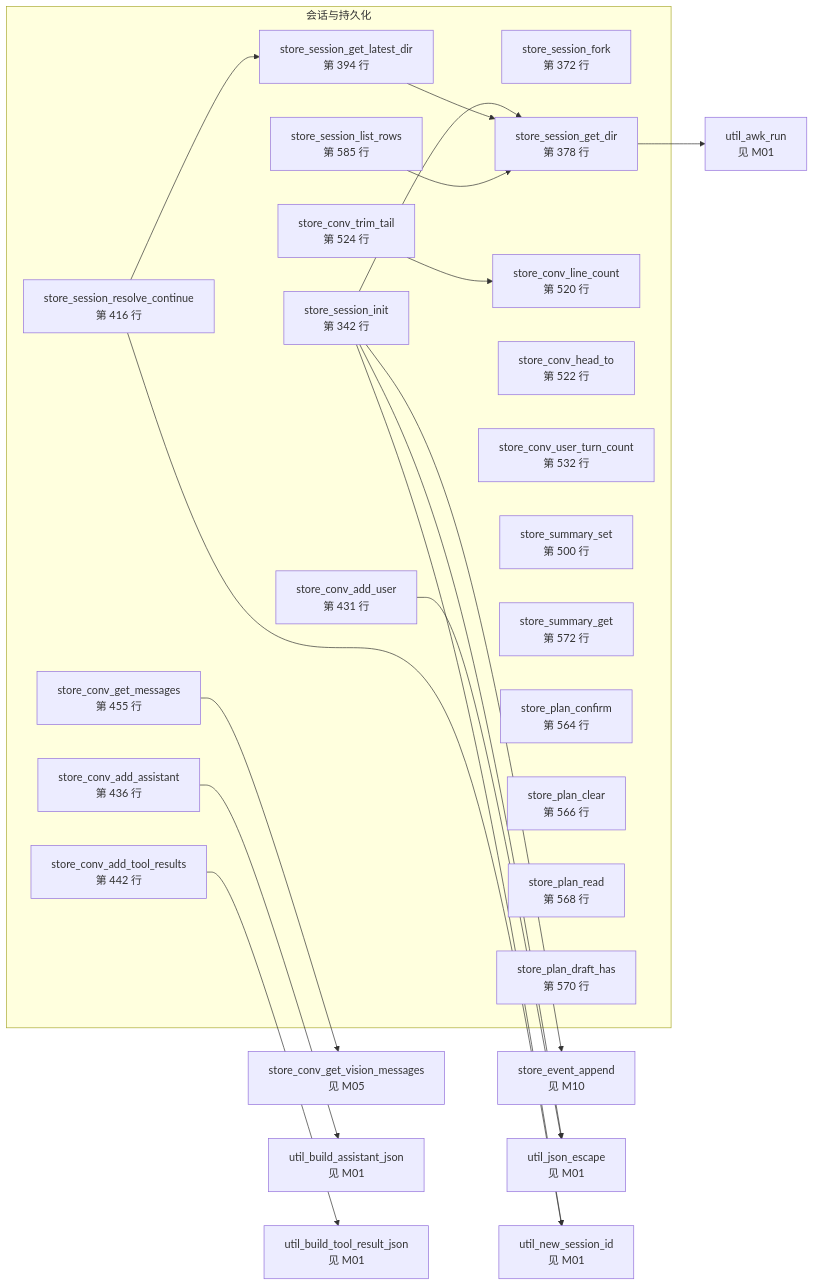
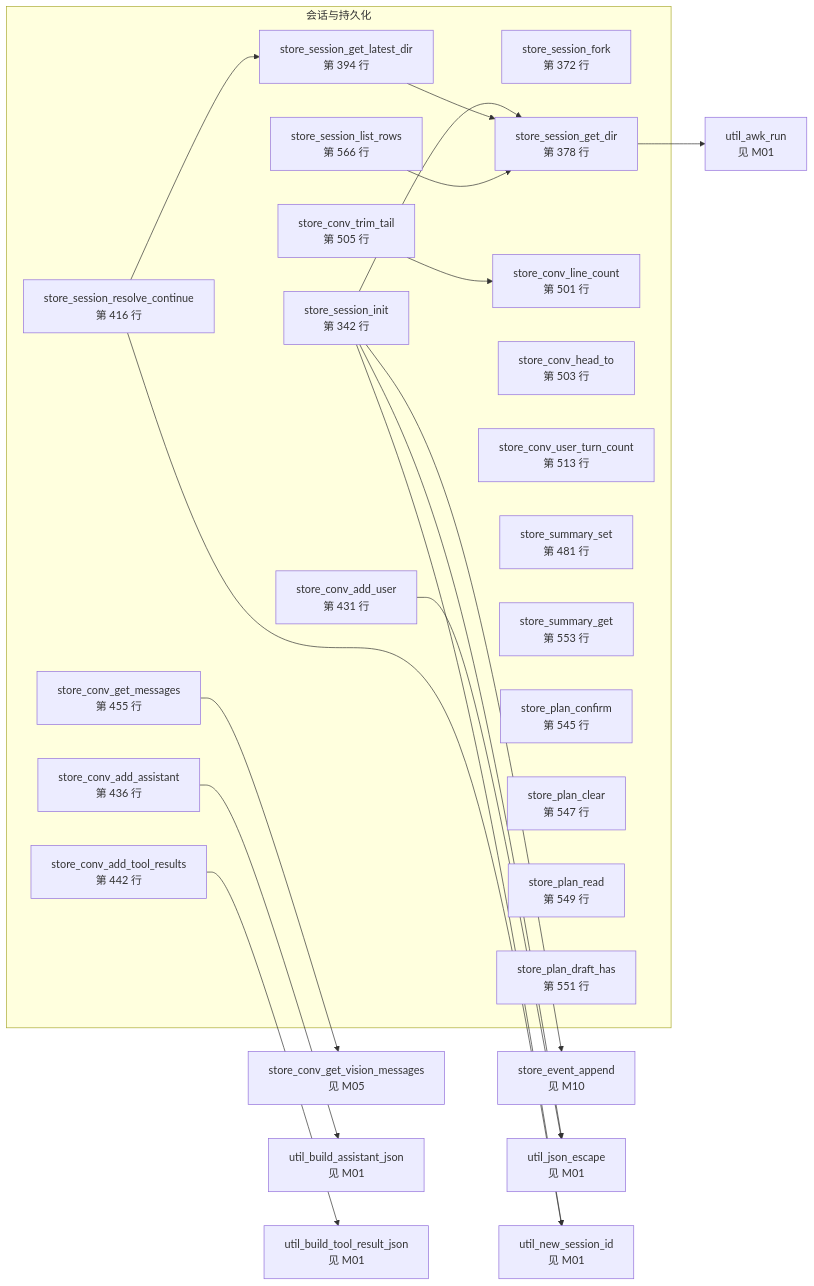
Before and after one commit to lloydzhou/bash-agent: the fifth of 15 diagrams in docs/bash-data-flow.md, drawn with Mermaid. The commit also changed other lines of this file and 3 other files, not shown here.

````diff
--- a/docs/bash-data-flow.md
+++ b/docs/bash-data-flow.md
@@ -172,46 +172,46 @@
 ```mermaid
 flowchart LR
   subgraph mod_3["会话与持久化"]
     f_store_session_init["store_session_init<br/>第 342 行"]
     f_store_session_fork["store_session_fork<br/>第 372 行"]
     f_store_session_get_dir["store_session_get_dir<br/>第 378 行"]
     f_store_session_get_latest_dir["store_session_get_latest_dir<br/>第 394 行"]
     f_store_session_resolve_continue["store_session_resolve_continue<br/>第 416 行"]
     f_store_conv_add_user["store_conv_add_user<br/>第 431 行"]
     f_store_conv_add_assistant["store_conv_add_assistant<br/>第 436 行"]
     f_store_conv_add_tool_results["store_conv_add_tool_results<br/>第 442 行"]
     f_store_conv_get_messages["store_conv_get_messages<br/>第 455 行"]
-    f_store_conv_line_count["store_conv_line_count<br/>第 520 行"]
-    f_store_conv_head_to["store_conv_head_to<br/>第 522 行"]
-    f_store_conv_trim_tail["store_conv_trim_tail<br/>第 524 行"]
-    f_store_conv_user_turn_count["store_conv_user_turn_count<br/>第 532 行"]
-    f_store_summary_set["store_summary_set<br/>第 500 行"]
-    f_store_summary_get["store_summary_get<br/>第 572 行"]
-    f_store_plan_confirm["store_plan_confirm<br/>第 564 行"]
-    f_store_plan_clear["store_plan_clear<br/>第 566 行"]
-    f_store_plan_read["store_plan_read<br/>第 568 行"]
-    f_store_plan_draft_has["store_plan_draft_has<br/>第 570 行"]
-    f_store_session_list_rows["store_session_list_rows<br/>第 585 行"]
+    f_store_conv_line_count["store_conv_line_count<br/>第 501 行"]
+    f_store_conv_head_to["store_conv_head_to<br/>第 503 行"]
+    f_store_conv_trim_tail["store_conv_trim_tail<br/>第 505 行"]
+    f_store_conv_user_turn_count["store_conv_user_turn_count<br/>第 513 行"]
+    f_store_summary_set["store_summary_set<br/>第 481 行"]
+    f_store_summary_get["store_summary_get<br/>第 553 行"]
+    f_store_plan_confirm["store_plan_confirm<br/>第 545 行"]
+    f_store_plan_clear["store_plan_clear<br/>第 547 行"]
+    f_store_plan_read["store_plan_read<br/>第 549 行"]
+    f_store_plan_draft_has["store_plan_draft_has<br/>第 551 行"]
+    f_store_session_list_rows["store_session_list_rows<br/>第 566 行"]
   end
   f_store_conv_get_vision_messages["store_conv_get_vision_messages<br/>见 M05"]
   f_store_event_append["store_event_append<br/>见 M10"]
   f_util_awk_run["util_awk_run<br/>见 M01"]
   f_util_build_assistant_json["util_build_assistant_json<br/>见 M01"]
   f_util_build_tool_result_json["util_build_tool_result_json<br/>见 M01"]
   f_util_json_escape["util_json_escape<br/>见 M01"]
   f_util_new_session_id["util_new_session_id<br/>见 M01"]
   f_store_session_init --> f_util_new_session_id
   f_store_session_init --> f_store_session_get_dir
   f_store_session_init --> f_store_event_append
   f_store_session_init --> f_util_json_escape
   f_store_session_get_dir --> f_util_awk_run
   f_store_session_get_latest_dir --> f_store_session_get_dir
   f_store_session_resolve_continue --> f_store_session_get_latest_dir
   f_store_session_resolve_continue --> f_util_new_session_id
   f_store_session_list_rows --> f_store_session_get_dir
   f_store_conv_add_user --> f_util_json_escape
   f_store_conv_add_assistant --> f_util_build_assistant_json
   f_store_conv_add_tool_results --> f_util_build_tool_result_json
   f_store_conv_get_messages --> f_store_conv_get_vision_messages
   f_store_conv_trim_tail --> f_store_conv_line_count
 ```
````
